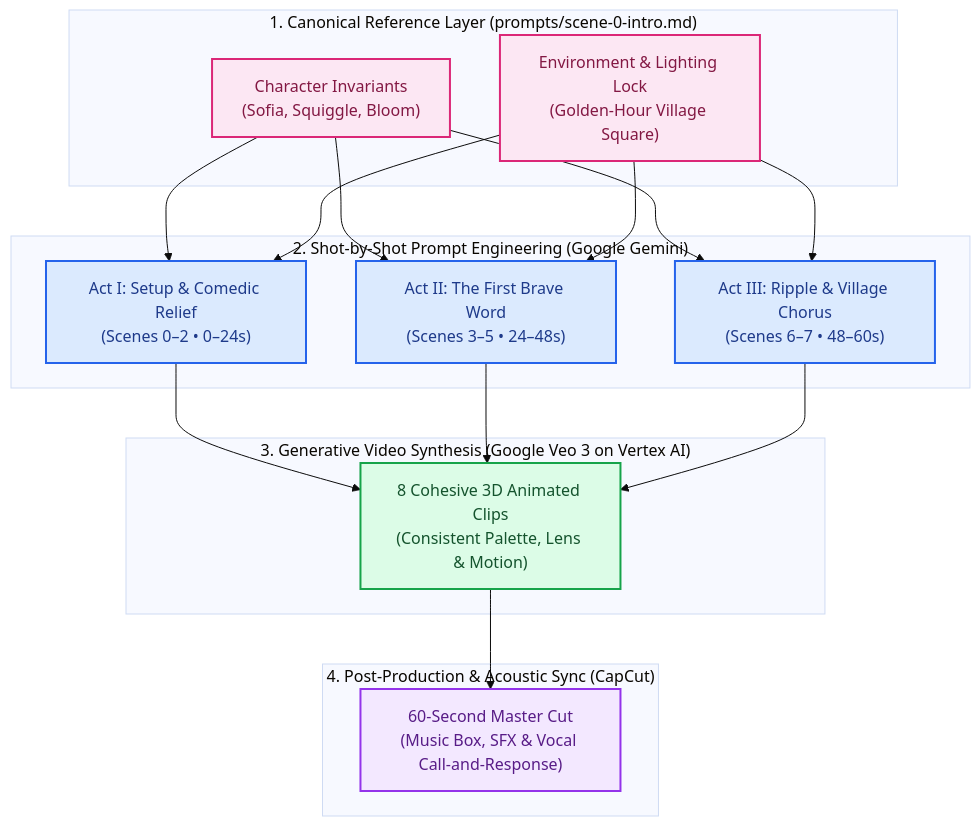
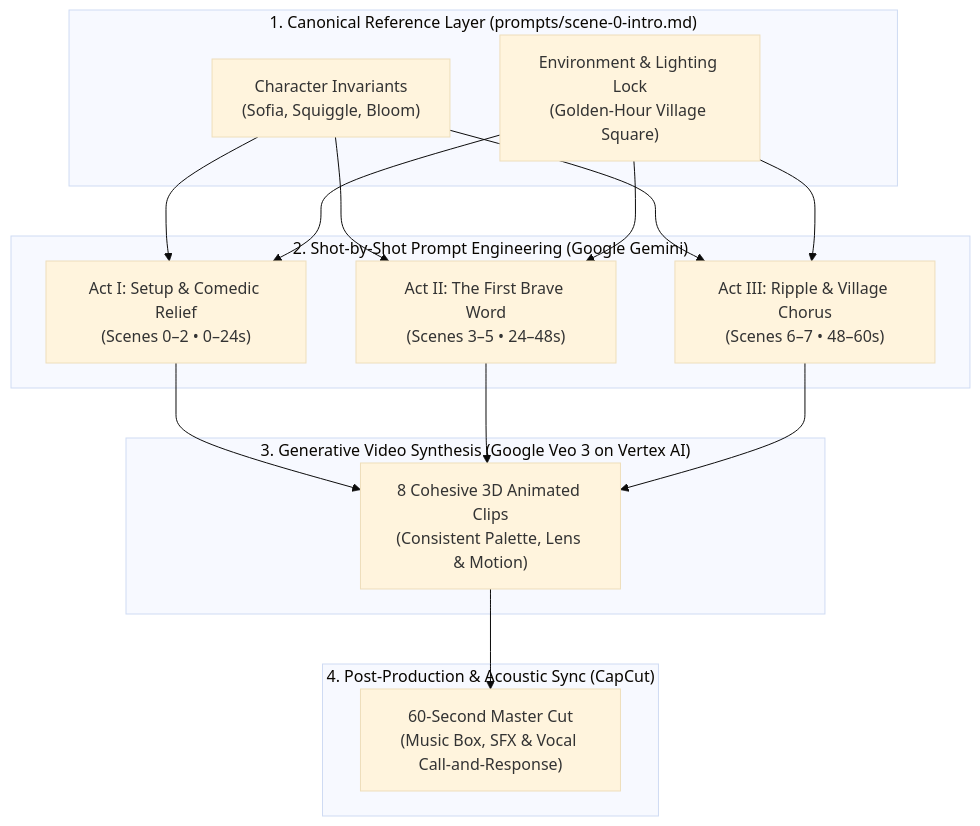
The diagram in README.md (RobinaMirbahar/A-Gemini-Veo-3-Whimsical-Short), drawn with Mermaid (base theme) before and after one commit. The commit also changed other lines of this file, not shown here.

Commit message:
docs: revert Mermaid color overrides for clean native GitHub diagram rendering

````diff
--- a/README.md
+++ b/README.md
@@ -46,35 +44,27 @@
 ```mermaid
 flowchart TD
     subgraph Ref ["1. Canonical Reference Layer (prompts/scene-0-intro.md)"]
         R_Char["Character Invariants<br/>(Sofia, Squiggle, Bloom)"]
         R_Env["Environment & Lighting Lock<br/>(Golden-Hour Village Square)"]
     end
 
     subgraph Gemini ["2. Shot-by-Shot Prompt Engineering (Google Gemini)"]
         G_Act1["Act I: Setup & Comedic Relief<br/>(Scenes 0–2 • 0–24s)"]
         G_Act2["Act II: The First Brave Word<br/>(Scenes 3–5 • 24–48s)"]
         G_Act3["Act III: Ripple & Village Chorus<br/>(Scenes 6–7 • 48–60s)"]
     end
 
     subgraph Veo ["3. Generative Video Synthesis (Google Veo 3 on Vertex AI)"]
         V_Render["8 Cohesive 3D Animated Clips<br/>(Consistent Palette, Lens & Motion)"]
     end
 
     subgraph Post ["4. Post-Production & Acoustic Sync (CapCut)"]
         P_Master["60-Second Master Cut<br/>(Music Box, SFX & Vocal Call-and-Response)"]
     end
 
     R_Char & R_Env --> G_Act1 & G_Act2 & G_Act3
     G_Act1 --> V_Render
     G_Act2 --> V_Render
     G_Act3 --> V_Render
     V_Render --> P_Master
-
-    style R_Char fill:#fce7f3,stroke:#db2777,stroke-width:2px,color:#831843
-    style R_Env fill:#fce7f3,stroke:#db2777,stroke-width:2px,color:#831843
-    style G_Act1 fill:#dbeafe,stroke:#2563eb,stroke-width:2px,color:#1e3a8a
-    style G_Act2 fill:#dbeafe,stroke:#2563eb,stroke-width:2px,color:#1e3a8a
-    style G_Act3 fill:#dbeafe,stroke:#2563eb,stroke-width:2px,color:#1e3a8a
-    style V_Render fill:#dcfce7,stroke:#16a34a,stroke-width:2px,color:#14532d
-    style P_Master fill:#f3e8ff,stroke:#9333ea,stroke-width:2px,color:#581c87
 ```
````
